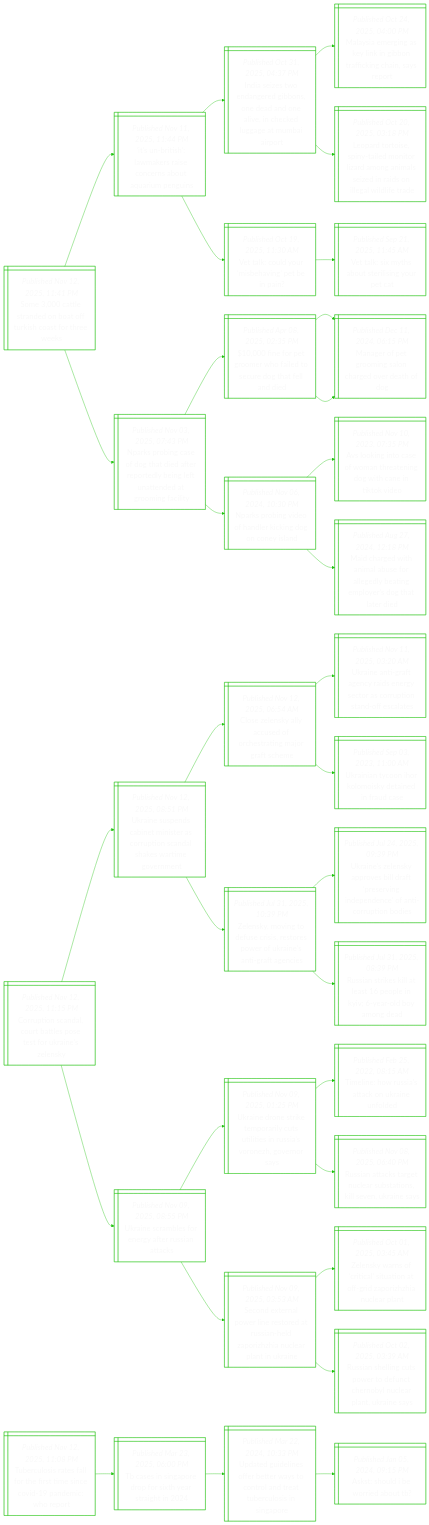
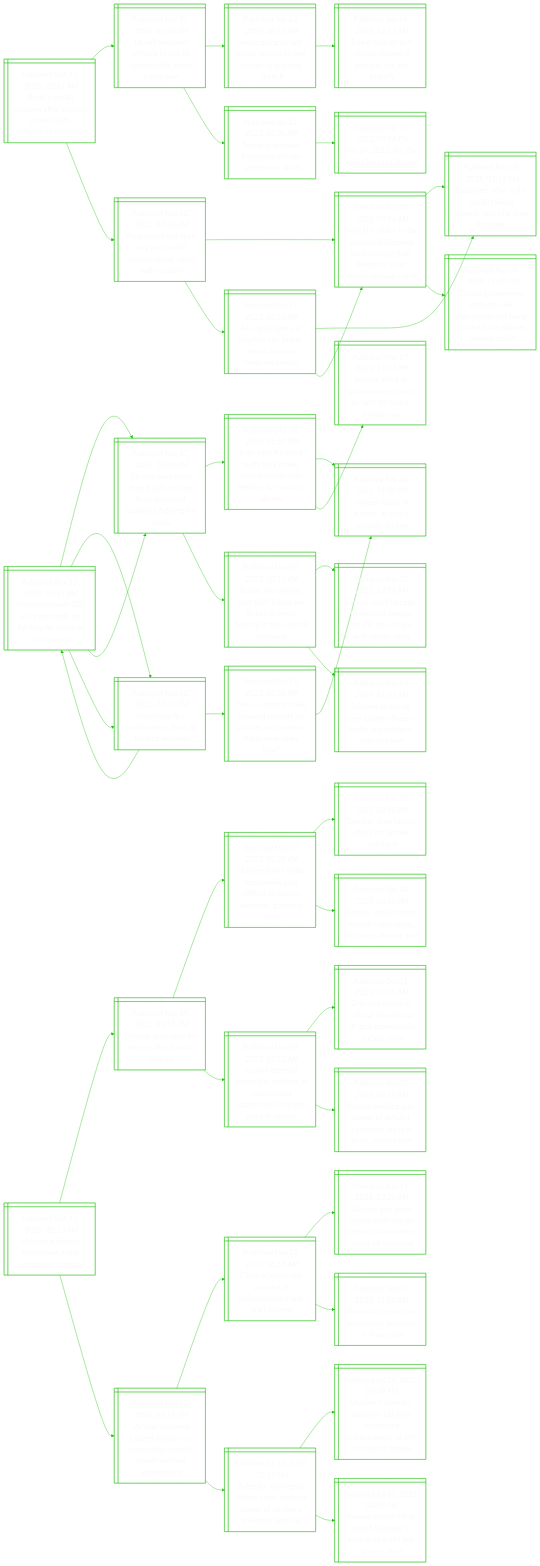
The diagram in README.md (notJmes/notJmes), drawn with Mermaid before and after one commit. The commit also changed other lines of this file, not shown here.

````diff
--- a/README.md
+++ b/README.md
@@ -16,51 +16,105 @@
 flowchart LR
 classDef txtsize font-size:20px;
 
-Sasdbfkooek@{ shape: win-pane, label: "_Published Nov 12, 2025, 11:41 PM_
-Some 3,000 cattle stranded on boat off turkish coast for three weeks" }
-IBsmseebqug@{ shape: win-pane, label: "_Published Nov 11, 2025, 11:44 PM_
-‘it’s un-british’: lawmakers raise concerns about aquarium penguins" }
-Issneisedlnkgabr@{ shape: win-pane, label: "_Published Oct 31, 2025, 04:37 PM_
-India seizes two endangered gibbons, one dead and one alive, in checked luggage at mumbai airport" }
-Msegyibakhap@{ shape: win-pane, label: "_Published Oct 24, 2025, 04:00 PM_
-Malaysia emerging as key link in gibbon trafficking chain, says report" }
-Lrtstdtzmnseanglee@{ shape: win-pane, label: "_Published Oct 20, 2025, 03:18 PM_
-Leopard tortoise, spiny-tailed monitor lizard among animals seized in raids on illegal wildlife trade" }
-Vllrenba@{ shape: win-pane, label: "_Published Oct 19, 2025, 11:30 AM_
-Vet talk: could your ‘misbehaving’ pet be in pain?" }
-Vlmaslgpt@{ shape: win-pane, label: "_Published Sep 21, 2025, 11:45 AM_
-Vet talk: six myths about sterilising your pet cat" }
-Nsisotartblnntmat@{ shape: win-pane, label: "_Published Nov 03, 2025, 07:43 PM_
-Nparks probing case of dog that died after reportedly being left unattended at grooming facility" }
-fogefdcotae@{ shape: win-pane, label: "_Published Apr 08, 2025, 02:35 PM_
-$10,000 fine for pet groomer who failed to secure dog that fell and died" }
-Meeoscerhg@{ shape: win-pane, label: "_Published Dec 11, 2024, 06:15 PM_
-Manager of pet grooming salon charged over death of dog" }
-Meeoscerhg@{ shape: win-pane, label: "_Published Dec 11, 2024, 06:15 PM_
-Manager of pet grooming salon charged over death of dog" }
-Nsidhekoos@{ shape: win-pane, label: "_Published Nov 06, 2024, 10:30 PM_
-Nparks probing video of handler kicking dog on coney island" }
-Aoiawttginiv@{ shape: win-pane, label: "_Published Nov 10, 2023, 07:35 PM_
-Avs looking into case of woman threatening dog with cane in tiktok video" }
-Mhdaleldaeyotr@{ shape: win-pane, label: "_Published Aug 27, 2024, 12:18 PM_
-Maid charged with animal abuse for allegedly beating employer’s dog that later died" }
+Blreeucehgses@{ shape: win-pane, label: "_Published Nov 13, 2025, 02:01 AM_
+Brazil’s cop30 resumes after security clashes with indigenous protesters" }
+UleflOmahoa@{ shape: win-pane, label: "_Published Nov 01, 2025, 01:46 AM_
+Us will not send officials to cop30 climate talks, white house says" }
+Ygtlpcarnhp@{ shape: win-pane, label: "_Published Sep 24, 2025, 06:51 AM_
+‘you’re going to hell’: trump attacks un and europe in scathing speech" }
+TtUtaastogl@{ shape: win-pane, label: "_Published Sep 24, 2025, 12:17 AM_
+Trump tells un that climate change is ‘greatest con job’ globally" }
+Twrrriamg@{ shape: win-pane, label: "_Published Jan 21, 2025, 02:36 AM_
+Trump withdraws from paris climate agreement, again" }
+Feuiea@{ shape: win-pane, label: "_Published Feb 24, 2023, 05:54 PM_
+Feb 24, 2022: the day russia invaded ukraine" }
+Psftwtstehsi@{ shape: win-pane, label: "_Published Nov 12, 2025, 07:26 AM_
+Protesters force their way into cop30 summit venue, clash with security" }
+FhehzdoabtddNamO@{ shape: win-pane, label: "_Published Nov 10, 2025, 09:16 AM_
+From the andes to the amazon, indigenous leaders bring their demands to un climate summit cop30" }
+EihtPamndte@{ shape: win-pane, label: "_Published Nov 09, 2025, 03:15 PM_
+Explainer: what is the cop30 climate summit, and why does it matter?" }
+Taentofinivtlei@{ shape: win-pane, label: "_Published Nov 09, 2025, 11:30 PM_
+Taliban government protests over afghanistan not being invited to un climate summit cop30" }
+AoiznBuAndse@{ shape: win-pane, label: "_Published Nov 11, 2025, 09:55 AM_
+As cop30 opens in brazilian city belem, urban amazon residents swelter" }
+EihtPamndte@{ shape: win-pane, label: "_Published Nov 09, 2025, 03:15 PM_
+Explainer: what is the cop30 climate summit, and why does it matter?" }
+FhehzdoabtddNamO@{ shape: win-pane, label: "_Published Nov 10, 2025, 09:16 AM_
+From the andes to the amazon, indigenous leaders bring their demands to un climate summit cop30" }
 
-Sasdbfkooek:::txtsize --> IBsmseebqug:::txtsize
-IBsmseebqug:::txtsize --> Issneisedlnkgabr:::txtsize
-Issneisedlnkgabr:::txtsize --> Msegyibakhap:::txtsize
-Issneisedlnkgabr:::txtsize --> Lrtstdtzmnseanglee:::txtsize
-IBsmseebqug:::txtsize --> Vllrenba:::txtsize
-Vllrenba:::txtsize --> Vlmaslgpt:::txtsize
-Sasdbfkooek:::txtsize --> Nsisotartblnntmat:::txtsize
-Nsisotartblnntmat:::txtsize --> fogefdcotae:::txtsize
-fogefdcotae:::txtsize --> Meeoscerhg:::txtsize
-fogefdcotae:::txtsize --> Meeoscerhg:::txtsize
-Nsisotartblnntmat:::txtsize --> Nsidhekoos:::txtsize
-Nsidhekoos:::txtsize --> Aoiawttginiv:::txtsize
-Nsidhekoos:::txtsize --> Mhdaleldaeyotr:::txtsize
+Blreeucehgses:::txtsize --> UleflOmahoa:::txtsize
+UleflOmahoa:::txtsize --> Ygtlpcarnhp:::txtsize
+Ygtlpcarnhp:::txtsize --> TtUtaastogl:::txtsize
+UleflOmahoa:::txtsize --> Twrrriamg:::txtsize
+Twrrriamg:::txtsize --> Feuiea:::txtsize
+Blreeucehgses:::txtsize --> Psftwtstehsi:::txtsize
+Psftwtstehsi:::txtsize --> FhehzdoabtddNamO:::txtsize
+FhehzdoabtddNamO:::txtsize --> EihtPamndte:::txtsize
+FhehzdoabtddNamO:::txtsize --> Taentofinivtlei:::txtsize
+Psftwtstehsi:::txtsize --> AoiznBuAndse:::txtsize
+AoiznBuAndse:::txtsize --> EihtPamndte:::txtsize
+AoiznBuAndse:::txtsize --> FhehzdoabtddNamO:::txtsize
 
-CpsartosUnly@{ shape: win-pane, label: "_Published Nov 12, 2025, 11:15 PM_
-Corruption scandal, court battles pose test for ukraine’s zelensky" }
+Ksvitlfirike@{ shape: win-pane, label: "_Published Nov 13, 2025, 01:31 AM_
+Kenya says over 200 of its nationals are fighting for russia in ukraine war" }
+Unstfnmnoiggu@{ shape: win-pane, label: "_Published Nov 07, 2025, 10:50 PM_
+Ukraine says more than 1,400 africans from dozens of countries fighting for russia" }
+Isteficupefirike@{ shape: win-pane, label: "_Published Mar 08, 2024, 05:51 PM_
+India says it busted trafficking racket duping people into fighting for russia in ukraine" }
+DsruasvUn@{ shape: win-pane, label: "_Published Feb 24, 2022, 11:01 AM_
+'darkest hours of europe' as russia invades ukraine" }
+InlUneeiosms@{ shape: win-pane, label: "_Published Mar 07, 2024, 11:56 PM_
+Indians killed in ukraine were forced to fight for russia, families say" }
+Raketfsoirggeskk@{ shape: win-pane, label: "_Published Nov 05, 2025, 10:11 PM_
+Russia and ukraine says their forces are locked in fierce fighting in the ruins of pokrovsk" }
+EedgolranowuS@{ shape: win-pane, label: "_Published Nov 05, 2025, 12:33 AM_
+Europe could struggle to mobilise troops, arms in case of war with russia: study" }
+Unerpfsroaeks@{ shape: win-pane, label: "_Published Nov 04, 2025, 01:57 AM_
+Ukraine to set up arms export offices in berlin, copenhagen, zelensky says" }
+Unfoantgge@{ shape: win-pane, label: "_Published Nov 12, 2025, 11:46 PM_
+Ukrainians flee southeastern front as fighting worsens" }
+Ksvitlfirike@{ shape: win-pane, label: "_Published Nov 13, 2025, 01:31 AM_
+Kenya says over 200 of its nationals are fighting for russia in ukraine war" }
+Unstfnmnoiggu@{ shape: win-pane, label: "_Published Nov 07, 2025, 10:50 PM_
+Ukraine says more than 1,400 africans from dozens of countries fighting for russia" }
+Unfoantgge@{ shape: win-pane, label: "_Published Nov 12, 2025, 11:46 PM_
+Ukrainians flee southeastern front as fighting worsens" }
+Twtsalorilbavrw@{ shape: win-pane, label: "_Published Nov 12, 2025, 03:00 PM_
+The eu wants to raise financial support for ukraine. will member states ever agree how?" }
+DsruasvUn@{ shape: win-pane, label: "_Published Feb 24, 2022, 11:01 AM_
+'darkest hours of europe' as russia invades ukraine" }
+
+Ksvitlfirike:::txtsize --> Unstfnmnoiggu:::txtsize
+Unstfnmnoiggu:::txtsize --> Isteficupefirike:::txtsize
+Isteficupefirike:::txtsize --> DsruasvUn:::txtsize
+Isteficupefirike:::txtsize --> InlUneeiosms:::txtsize
+Unstfnmnoiggu:::txtsize --> Raketfsoirggeskk:::txtsize
+Raketfsoirggeskk:::txtsize --> EedgolranowuS:::txtsize
+Raketfsoirggeskk:::txtsize --> Unerpfsroaeks:::txtsize
+Ksvitlfirike:::txtsize --> Unfoantgge:::txtsize
+Unfoantgge:::txtsize --> Ksvitlfirike:::txtsize
+Ksvitlfirike:::txtsize --> Unstfnmnoiggu:::txtsize
+Ksvitlfirike:::txtsize --> Unfoantgge:::txtsize
+Unfoantgge:::txtsize --> Twtsalorilbavrw:::txtsize
+Twtsalorilbavrw:::txtsize --> DsruasvUn:::txtsize
+
+Unisgrrund@{ shape: win-pane, label: "_Published Nov 13, 2025, 01:13 AM_
+Ukraine ministers resign over major corruption scandals" }
+UnasnaRaa@{ shape: win-pane, label: "_Published Nov 09, 2025, 08:55 PM_
+Ukraine scrambles for energy after russian attacks" }
+Unnimruieusnoos@{ shape: win-pane, label: "_Published Nov 09, 2025, 01:25 PM_
+Ukraine drone strike temporarily cuts utilities in russia’s voronezh, governor says" }
+Tiwitnifd@{ shape: win-pane, label: "_Published Feb 25, 2022, 08:15 AM_
+Timeline: how russia's attack on ukraine unfolded" }
+Raaanasoleaa@{ shape: win-pane, label: "_Published Nov 08, 2025, 06:40 PM_
+Russian attacks target nuclear substations, kill seven, ukraine says" }
+SdroisdshazaeaUn@{ shape: win-pane, label: "_Published Nov 09, 2025, 03:53 AM_
+Second external power line restored at russian-held zaporizhzhia nuclear plant in ukraine" }
+Zsrcctofdrhcp@{ shape: win-pane, label: "_Published Oct 01, 2025, 03:45 AM_
+Zelensky warns of ‘critical’ situation at off-grid zaporizhzhia nuclear plant" }
+Ralcooneyllke@{ shape: win-pane, label: "_Published Oct 02, 2025, 03:39 AM_
+Russian shelling cuts power to defunct chernobyl nuclear plant, ukraine says" }
 UnpCeiaronhwmen@{ shape: win-pane, label: "_Published Nov 12, 2025, 08:51 PM_
 Ukraine suspends cabinet minister as corruption scandal shakes wartime government" }
 CZslufetarc@{ shape: win-pane, label: "_Published Nov 12, 2025, 06:54 AM_
@@ -75,47 +129,20 @@
 Ukraine’s zelensky approves bill draft ‘preserving independence’ of anti-corruption bodies" }
 Raiilpeirond@{ shape: win-pane, label: "_Published Jul 31, 2025, 08:39 PM_
 Russian strikes kill at least 16 people in kyiv; 6-year-old boy among dead" }
-UnasnaRaa@{ shape: win-pane, label: "_Published Nov 09, 2025, 08:55 PM_
-Ukraine scrambles for energy after russian attacks" }
-Unnimruieusnoos@{ shape: win-pane, label: "_Published Nov 09, 2025, 01:25 PM_
-Ukraine drone strike temporarily cuts utilities in russia’s voronezh, governor says" }
-Tiwitnifd@{ shape: win-pane, label: "_Published Feb 25, 2022, 08:15 AM_
-Timeline: how russia's attack on ukraine unfolded" }
-Raaanasoleaa@{ shape: win-pane, label: "_Published Nov 08, 2025, 06:40 PM_
-Russian attacks target nuclear substations, kill seven, ukraine says" }
-SdroisdshazaeaUn@{ shape: win-pane, label: "_Published Nov 09, 2025, 03:53 AM_
-Second external power line restored at russian-held zaporizhzhia nuclear plant in ukraine" }
-Zsrcctofdrhcp@{ shape: win-pane, label: "_Published Oct 01, 2025, 03:45 AM_
-Zelensky warns of ‘critical’ situation at off-grid zaporizhzhia nuclear plant" }
-Ralcooneyllke@{ shape: win-pane, label: "_Published Oct 02, 2025, 03:39 AM_
-Russian shelling cuts power to defunct chernobyl nuclear plant, ukraine says" }
 
-CpsartosUnly:::txtsize --> UnpCeiaronhwmen:::txtsize
+Unisgrrund:::txtsize --> UnasnaRaa:::txtsize
+UnasnaRaa:::txtsize --> Unnimruieusnoos:::txtsize
+Unnimruieusnoos:::txtsize --> Tiwitnifd:::txtsize
+Unnimruieusnoos:::txtsize --> Raaanasoleaa:::txtsize
+UnasnaRaa:::txtsize --> SdroisdshazaeaUn:::txtsize
+SdroisdshazaeaUn:::txtsize --> Zsrcctofdrhcp:::txtsize
+SdroisdshazaeaUn:::txtsize --> Ralcooneyllke:::txtsize
+Unisgrrund:::txtsize --> UnpCeiaronhwmen:::txtsize
 UnpCeiaronhwmen:::txtsize --> CZslufetarc:::txtsize
 CZslufetarc:::txtsize --> Unitcdrcsundst:::txtsize
 CZslufetarc:::txtsize --> UnyIoieera:::txtsize
 UnpCeiaronhwmen:::txtsize --> Zsvossssrrsgai:::txtsize
 Zsvossssrrsgai:::txtsize --> Unlyoiaeiddoiune:::txtsize
 Zsvossssrrsgai:::txtsize --> Raiilpeirond:::txtsize
-CpsartosUnly:::txtsize --> UnasnaRaa:::txtsize
-UnasnaRaa:::txtsize --> Unnimruieusnoos:::txtsize
-Unnimruieusnoos:::txtsize --> Tiwitnifd:::txtsize
-Unnimruieusnoos:::txtsize --> Raaanasoleaa:::txtsize
-UnasnaRaa:::txtsize --> SdroisdshazaeaUn:::txtsize
-SdroisdshazaeaUn:::txtsize --> Zsrcctofdrhcp:::txtsize
-SdroisdshazaeaUn:::txtsize --> Ralcooneyllke:::txtsize
-
-TcielhseedeHo@{ shape: win-pane, label: "_Published Nov 12, 2025, 11:08 PM_
-Tuberculosis rates fall for the first time since covid-19 pandemic: who report" }
-Teioosyth@{ shape: win-pane, label: "_Published Mar 23, 2025, 06:00 PM_
-Tb cases in singapore drop for sixth year straight in 2024" }
-Uedeetyolruusnr@{ shape: win-pane, label: "_Published Mar 22, 2024, 10:33 PM_
-Updated guidelines offer better ways to control and treat tuberculosis in singapore" }
-aSdodt@{ shape: win-pane, label: "_Published Jan 05, 2024, 09:15 PM_
-Askst: should i be worried about tb?" }
-
-TcielhseedeHo:::txtsize --> Teioosyth:::txtsize
-Teioosyth:::txtsize --> Uedeetyolruusnr:::txtsize
-Uedeetyolruusnr:::txtsize --> aSdodt:::txtsize
 
 ```
````
